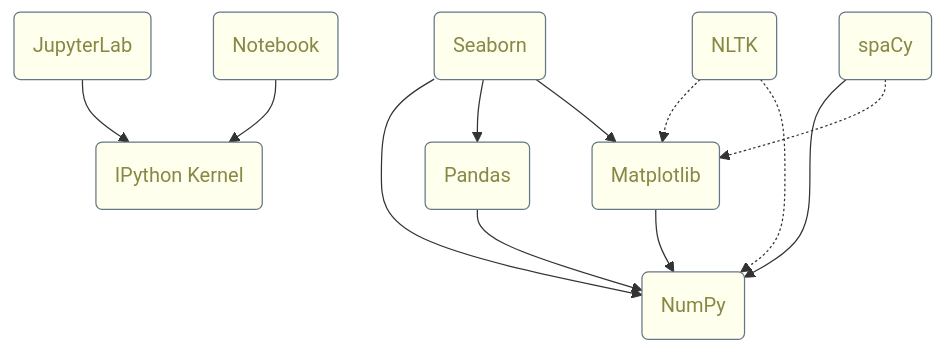
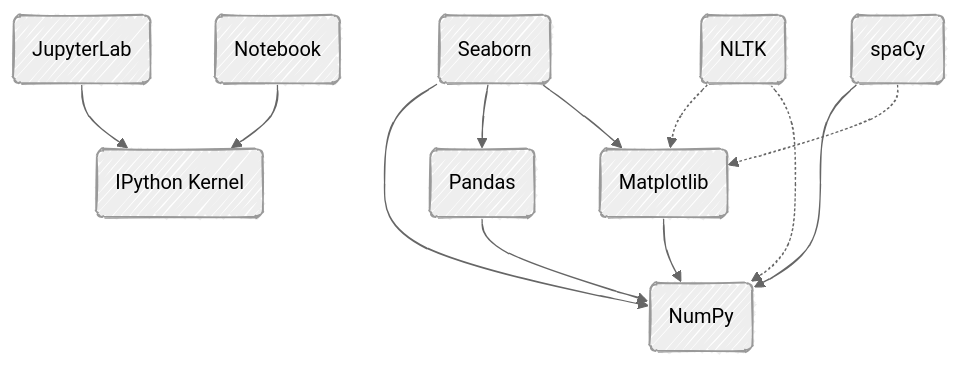
Before and after one commit to sfmunoz/nlp-playground: the second of 2 diagrams in README.md, drawn with Mermaid. The commit also changed other lines of this file and 1 other file, not shown here.

Commit message:
README.md,matplotlib/README.md: mermaid graphs adapted to handDrawn theme

````diff
--- a/README.md
+++ b/README.md
@@ -49,28 +49,32 @@
 ```mermaid
+---
+config:
+  look: handDrawn
+  theme: neutral
+---
 graph TD
     jupyterlab(JupyterLab)
     notebook(Notebook)
     ipykernel(IPython Kernel)
     numpy(NumPy)
     matplotlib(Matplotlib)
     pandas(Pandas)
     seaborn(Seaborn)
     nltk(NLTK)
     spacy(spaCy)
 
     jupyterlab --> ipykernel
     notebook --> ipykernel
     matplotlib --> numpy
     pandas --> numpy
     seaborn --> numpy
     seaborn --> pandas
     seaborn --> matplotlib
     nltk -.-> matplotlib
     nltk -.-> numpy
     spacy --> numpy
     spacy -.-> matplotlib
 
-    classDef default fill:#ffe,stroke:#678,stroke-width:1px,color:#884;
-    %%classDef highlight fill:#cc8,stroke:#345,stroke-width:2px
+    classDef highlight fill:#bbb,stroke-width:3px,color:#000
     %%class jupyterlab,notebook,ipykernel highlight
 ```
````
